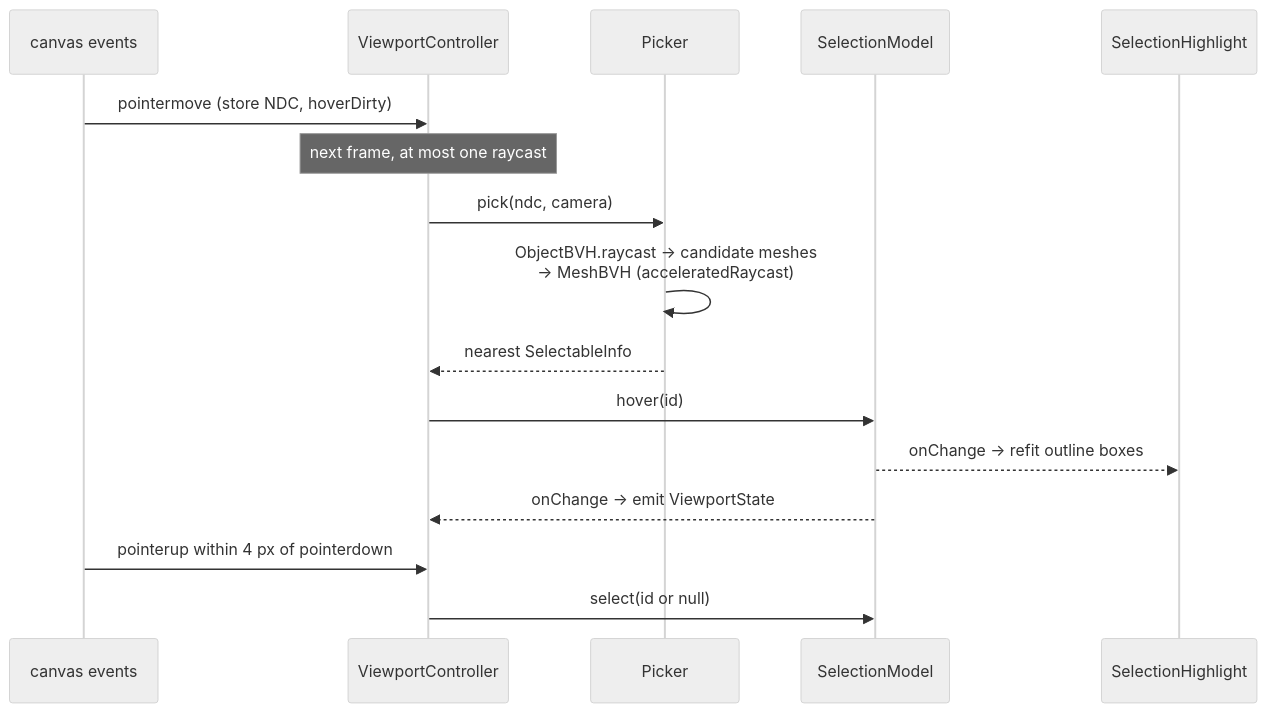
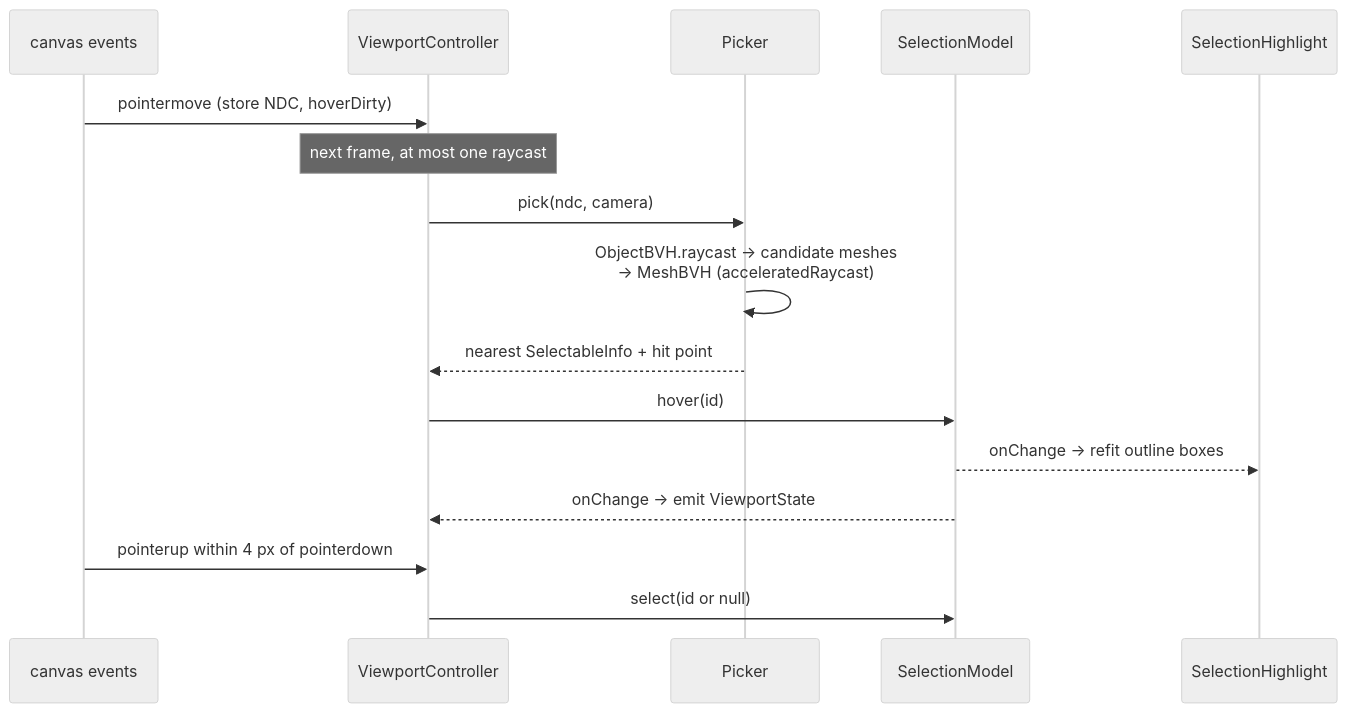
Before and after one commit to joebarbere/controls: the fourth of 5 diagrams in docs/architecture/rendering.md, drawn with Mermaid (neutral theme). The commit also changed other lines of this file and 72 other files, not shown here.

````diff
--- a/docs/architecture/rendering.md
+++ b/docs/architecture/rendering.md
@@ -71,18 +106,18 @@
 ```mermaid
 sequenceDiagram
     participant DOM as canvas events
     participant VC as ViewportController
     participant PK as Picker
     participant SM as SelectionModel
     participant HL as SelectionHighlight
     DOM->>VC: pointermove (store NDC, hoverDirty)
     Note over VC: next frame, at most one raycast
     VC->>PK: pick(ndc, camera)
     PK->>PK: ObjectBVH.raycast → candidate meshes<br/>→ MeshBVH (acceleratedRaycast)
-    PK-->>VC: nearest SelectableInfo
+    PK-->>VC: nearest SelectableInfo + hit point
     VC->>SM: hover(id)
     SM-->>HL: onChange → refit outline boxes
     SM-->>VC: onChange → emit ViewportState
     DOM->>VC: pointerup within 4 px of pointerdown
     VC->>SM: select(id or null)
 ```
````
